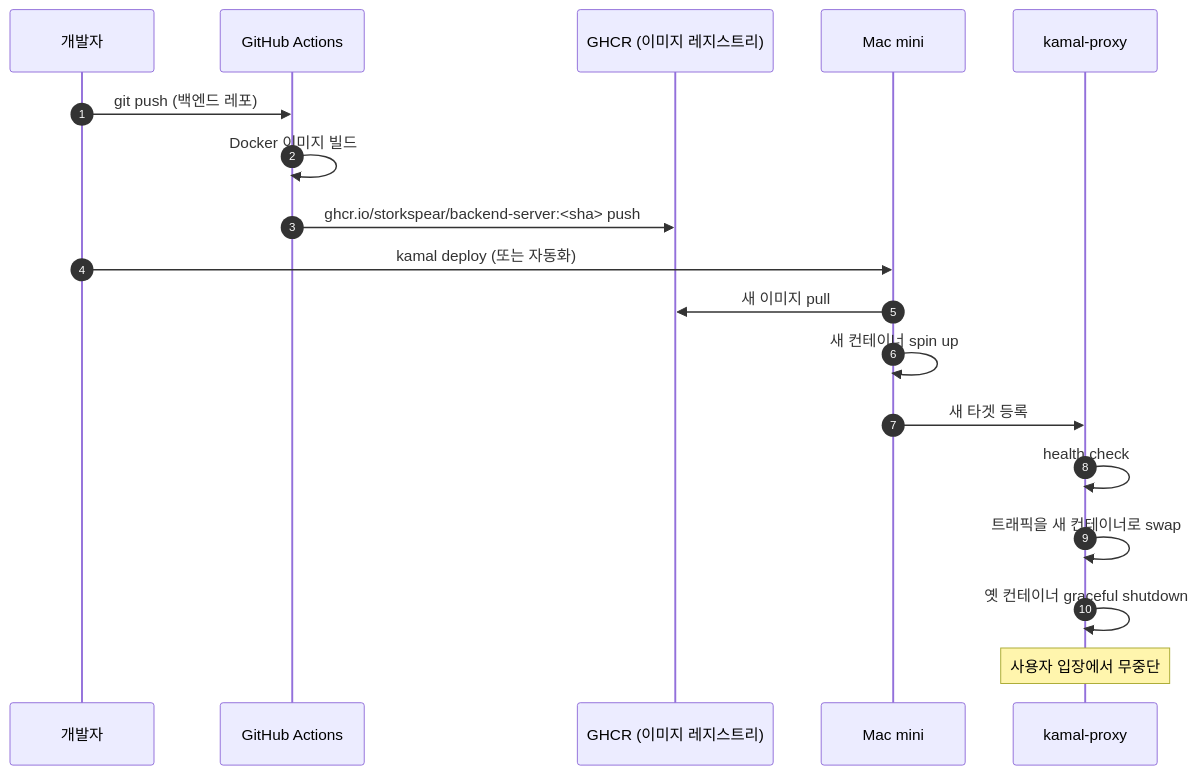
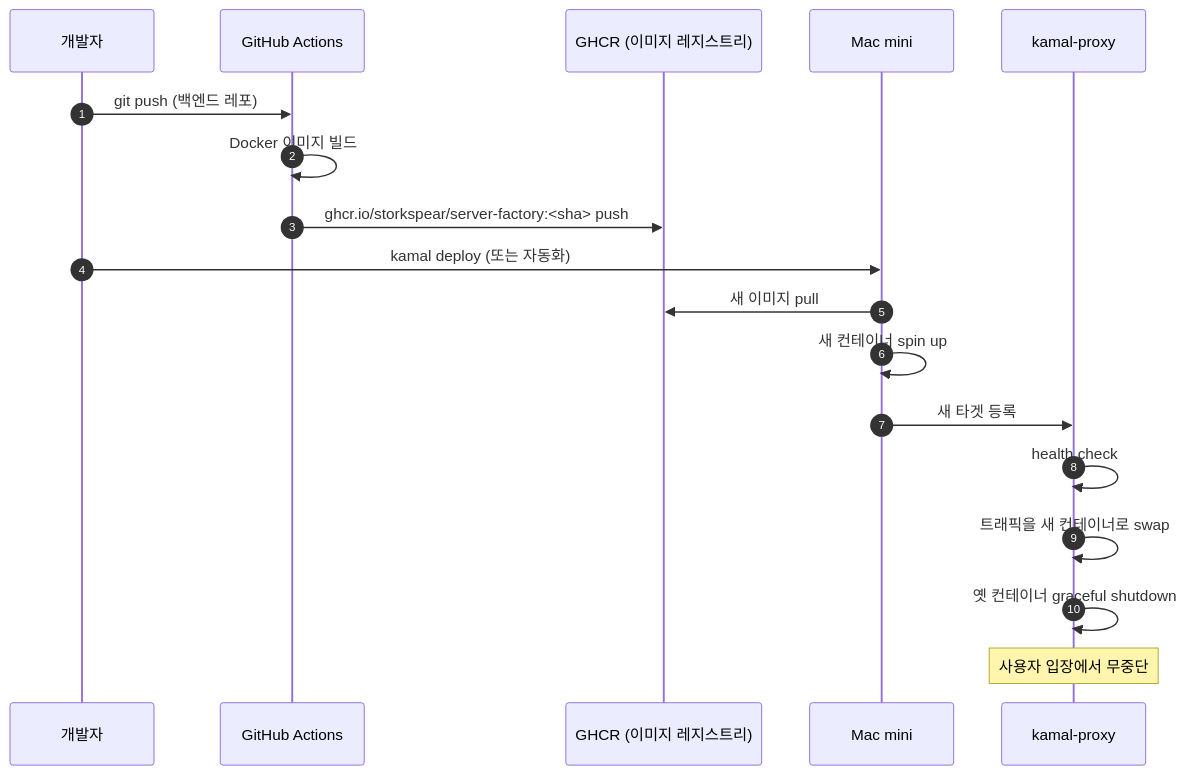
Before and after one commit to storkspear/docs-infra-homeserver: the fifth of 6 diagrams in docs/request-flow.md, drawn with Mermaid. The commit also changed other lines of this file and 6 other files, not shown here.

````diff
--- a/docs/request-flow.md
+++ b/docs/request-flow.md
@@ -112,21 +112,21 @@
 ```mermaid
 sequenceDiagram
   autonumber
   participant Dev as 개발자
   participant GH as GitHub Actions
   participant GHCR as GHCR (이미지 레지스트리)
   participant MM as Mac mini
   participant KP as kamal-proxy
 
   Dev->>GH: git push (백엔드 레포)
   GH->>GH: Docker 이미지 빌드
-  GH->>GHCR: ghcr.io/storkspear/backend-server:<sha> push
+  GH->>GHCR: ghcr.io/storkspear/server-factory:<sha> push
   Dev->>MM: kamal deploy (또는 자동화)
   MM->>GHCR: 새 이미지 pull
   MM->>MM: 새 컨테이너 spin up
   MM->>KP: 새 타겟 등록
   KP->>KP: health check
   KP->>KP: 트래픽을 새 컨테이너로 swap
   KP->>KP: 옛 컨테이너 graceful shutdown
   Note over KP: 사용자 입장에서 무중단
 ```
````
